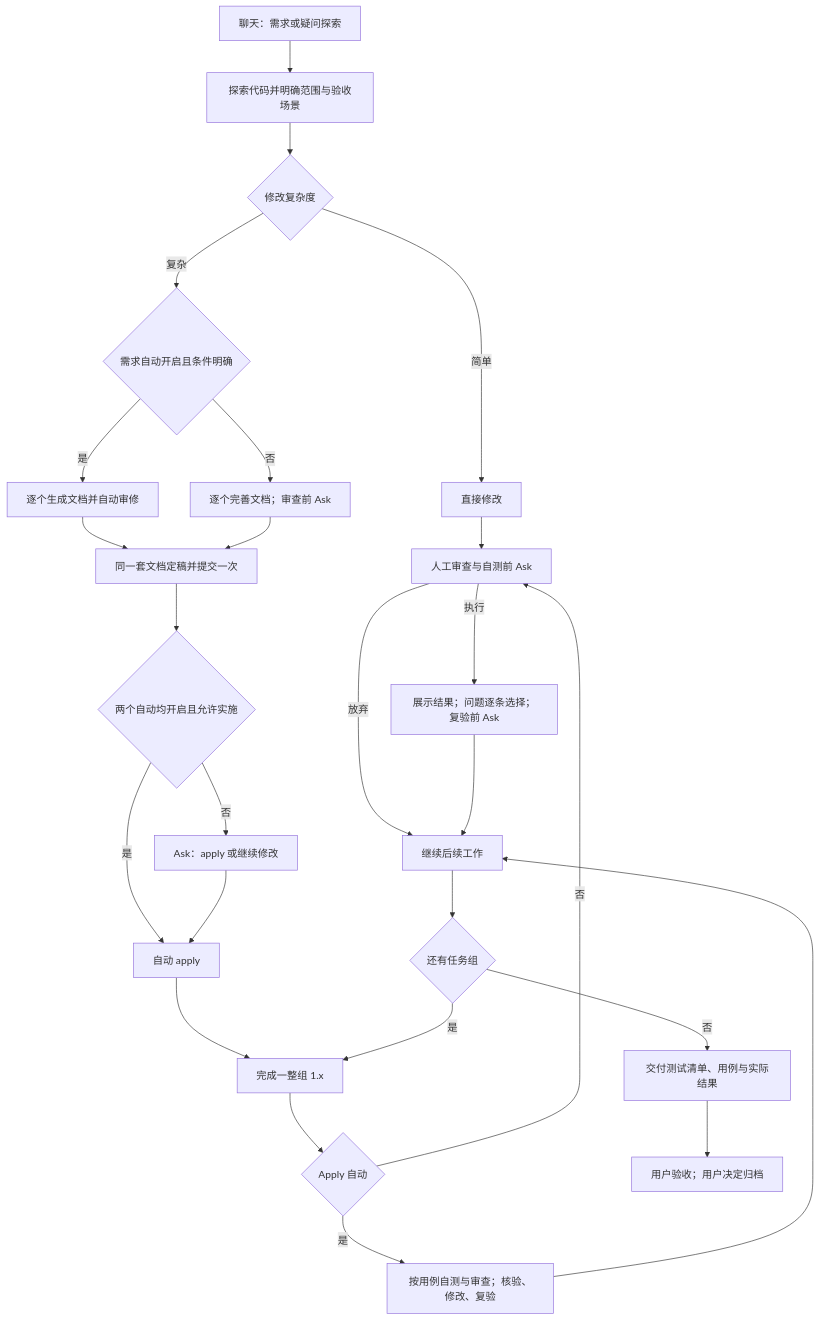
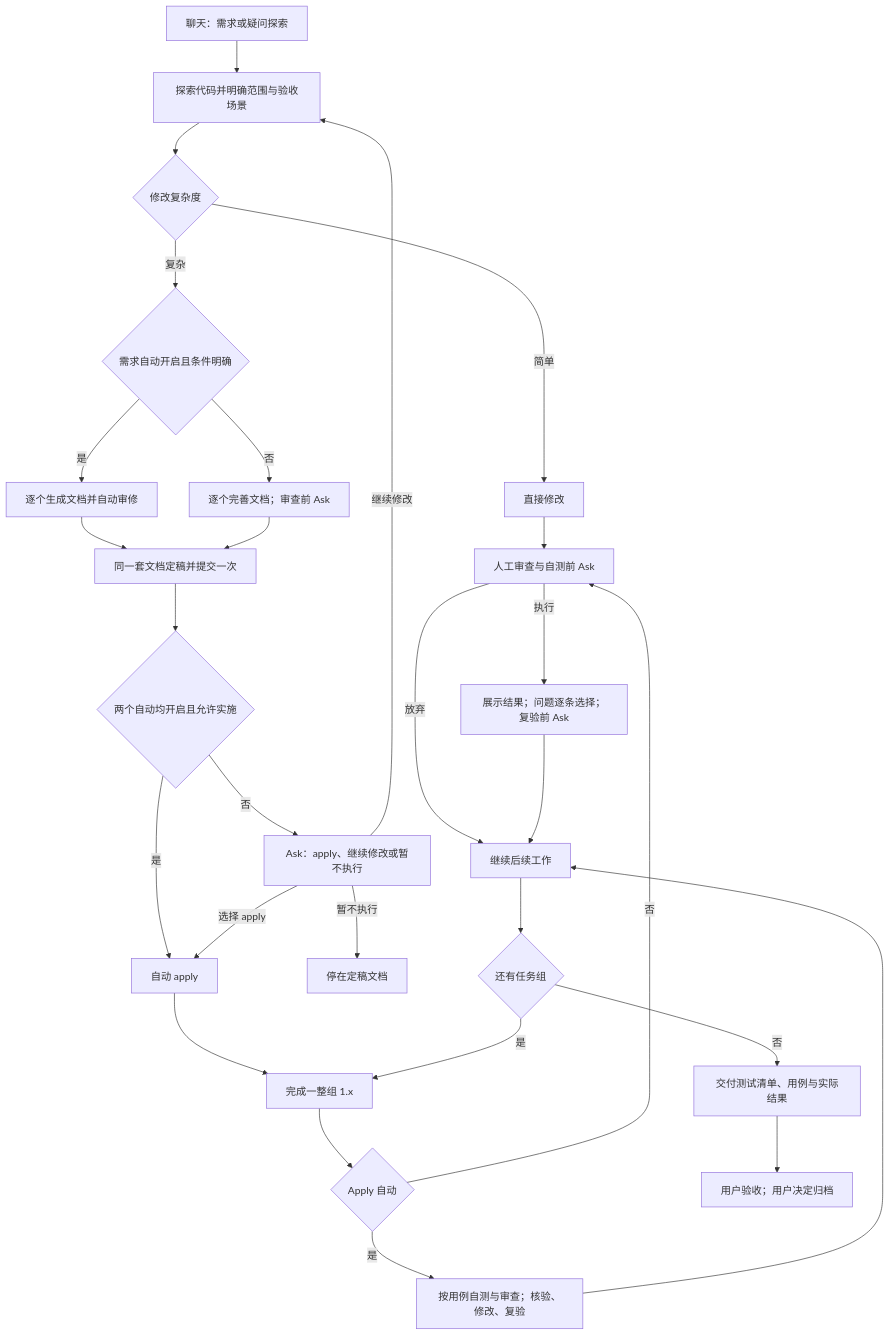
One commit to ttlsarimakousei/ai-vibe-flow changed the first of 2 diagrams in docs/workflow-20261014.md. Above: the diagram before and after it, drawn with Mermaid. The commit also changed other lines of this file and 52 other files, not shown here.

````diff
--- a/docs/workflow-20261014.md
+++ b/docs/workflow-20261014.md
@@ -19,28 +21,30 @@
 ```mermaid
 flowchart TD
     A[聊天：需求或疑问探索] --> B[探索代码并明确范围与验收场景]
     B --> C{修改复杂度}
     C -->|简单| D[直接修改]
     C -->|复杂| E{需求自动开启且条件明确}
     E -->|是| F[逐个生成文档并自动审修]
     E -->|否| G[逐个完善文档；审查前 Ask]
     F --> H[同一套文档定稿并提交一次]
     G --> H
     H --> I{两个自动均开启且允许实施}
     I -->|是| J[自动 apply]
-    I -->|否| K[Ask：apply 或继续修改]
-    K --> J
+    I -->|否| K[Ask：apply、继续修改或暂不执行]
+    K -->|选择 apply| J
+    K -->|继续修改| B
+    K -->|暂不执行| U[停在定稿文档]
     J --> L[完成一整组 1.x]
     L --> M{Apply 自动}
     D --> N[人工审查与自测前 Ask]
     M -->|是| O[按用例自测与审查；核验、修改、复验]
     M -->|否| N
     N -->|执行| P[展示结果；问题逐条选择；复验前 Ask]
     N -->|放弃| Q[继续后续工作]
     P --> Q
     O --> Q
     Q --> R{还有任务组}
     R -->|是| L
     R -->|否| S[交付测试清单、用例与实际结果]
     S --> T[用户验收；用户决定归档]
 ```
````
